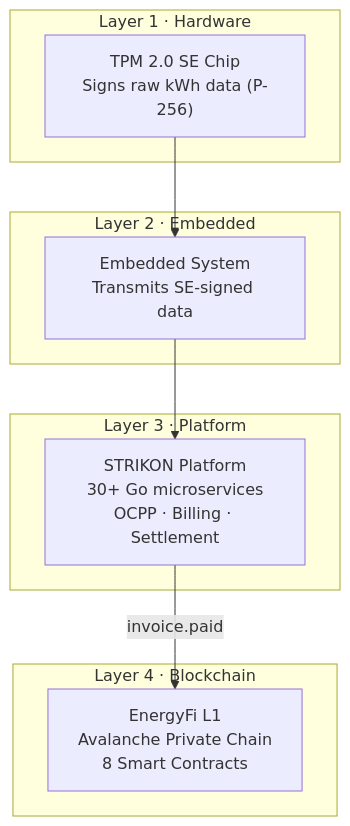
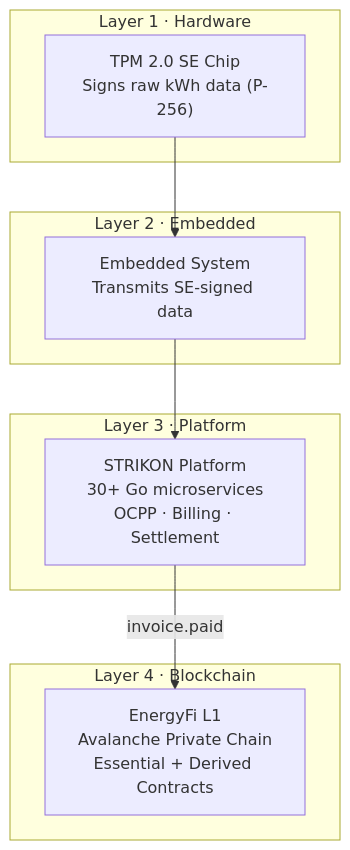
Before and after one commit to Seon-ung/EnergyFi: the first of 4 diagrams in README.md, drawn with Mermaid. The commit also changed other lines of this file and 15 other files, not shown here.

````diff
--- a/README.md
+++ b/README.md
@@ -52,20 +63,20 @@
 ```mermaid
 flowchart TB
     subgraph L1["Layer 1 · Hardware"]
         SE["TPM 2.0 SE Chip<br/>Signs raw kWh data (P-256)"]
     end
 
     subgraph L2["Layer 2 · Embedded"]
         EMB["Embedded System<br/>Transmits SE-signed data"]
     end
 
     subgraph L3["Layer 3 · Platform"]
         STR["STRIKON Platform<br/>30+ Go microservices<br/>OCPP · Billing · Settlement"]
     end
 
     subgraph L4["Layer 4 · Blockchain"]
-        EF["EnergyFi L1<br/>Avalanche Private Chain<br/>8 Smart Contracts"]
+        EF["EnergyFi L1<br/>Avalanche Private Chain<br/>Essential + Derived Contracts"]
     end
 
     SE --> EMB --> STR -->|invoice.paid| EF
 ```
````
